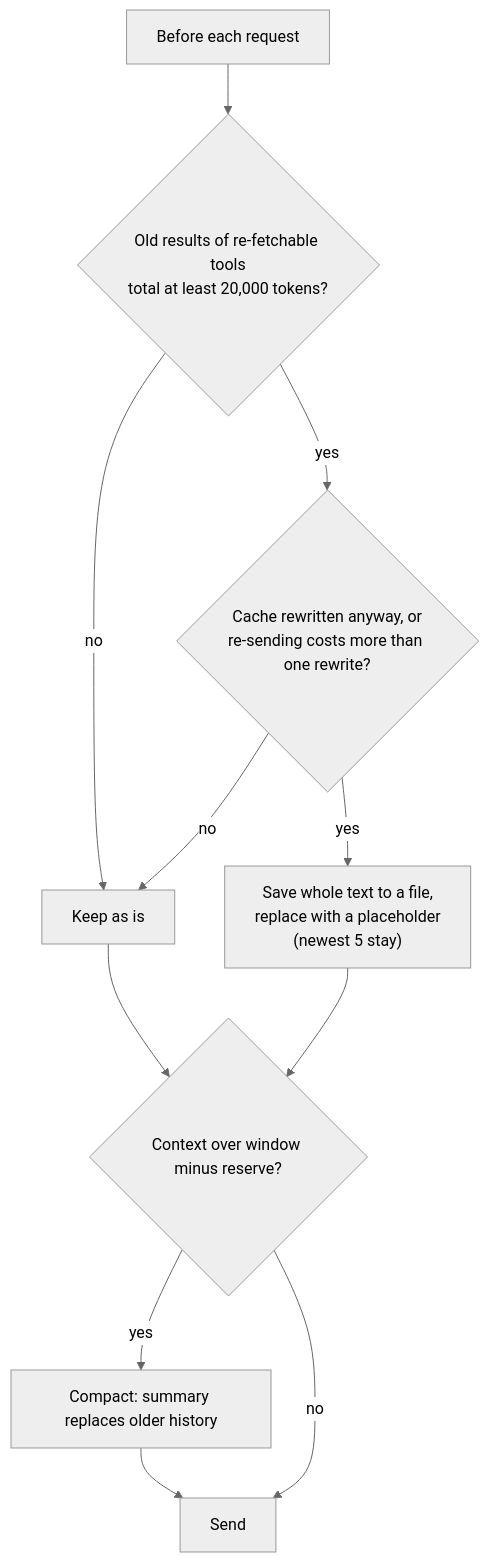
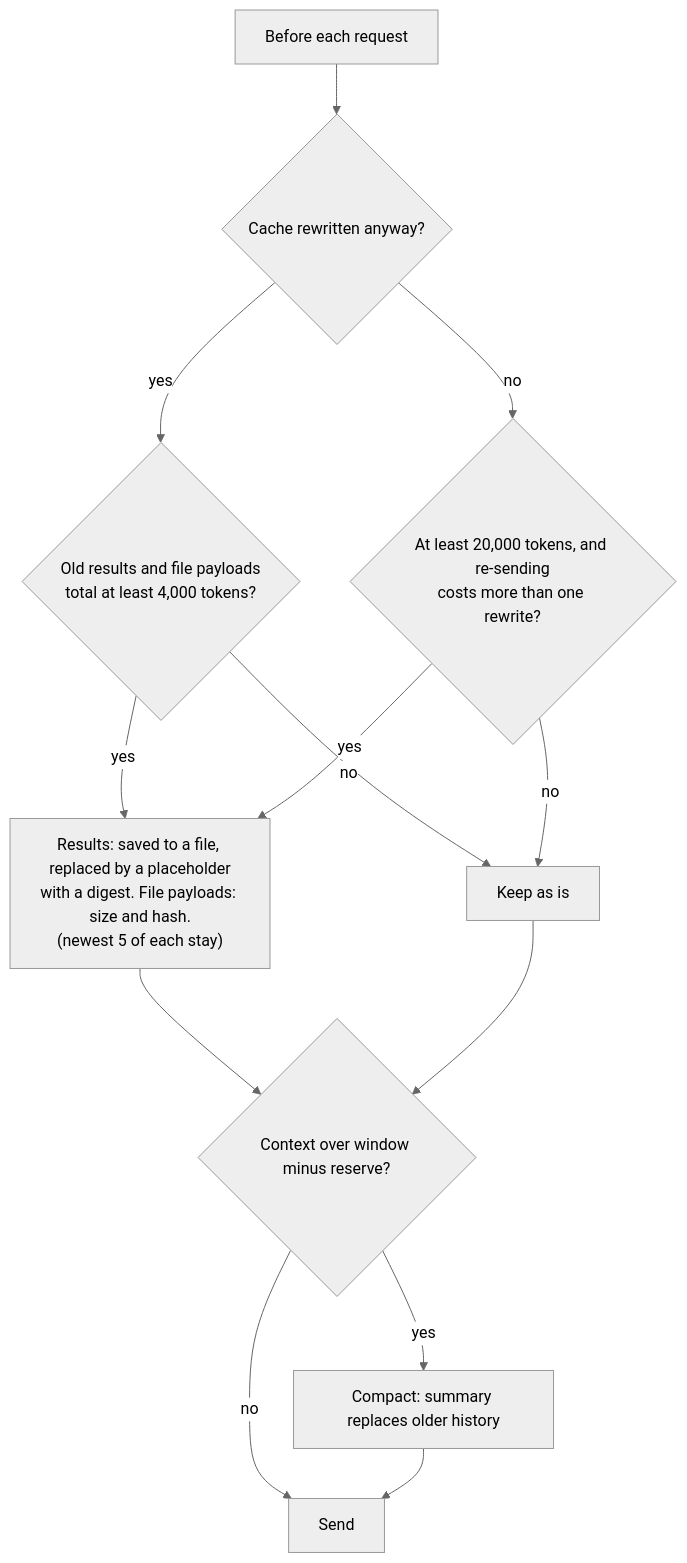
One commit to bgauryy/octocode-coding-agent changed the sixth of 8 diagrams in packages/coding-agent/docs/harness-flows.md. Above: the diagram before and after it, drawn with Mermaid (neutral theme). The commit also changed other lines of this file and 781 other files, not shown here.

````diff
--- a/packages/coding-agent/docs/harness-flows.md
+++ b/packages/coding-agent/docs/harness-flows.md
@@ -173,13 +187,15 @@
 ```mermaid
 flowchart TD
-    R["Before each request"] --> O{"Old results of re-fetchable tools<br/>total at least 20,000 tokens?"}
-    O -- no --> K["Keep as is"]
-    O -- yes --> W{"Cache rewritten anyway, or<br/>re-sending costs more than one rewrite?"}
-    W -- no --> K
-    W -- yes --> S["Save whole text to a file,<br/>replace with a placeholder<br/>(newest 5 stay)"]
+    R["Before each request"] --> W{"Cache rewritten anyway?"}
+    W -- yes --> F{"Old results and file payloads<br/>total at least 4,000 tokens?"}
+    W -- no --> O{"At least 20,000 tokens, and re-sending<br/>costs more than one rewrite?"}
+    F -- no --> K["Keep as is"]
+    O -- no --> K
+    F -- yes --> S["Results: saved to a file, replaced by a placeholder<br/>with a digest. File payloads: size and hash.<br/>(newest 5 of each stay)"]
+    O -- yes --> S
     S --> X{"Context over window minus reserve?"}
     K --> X
     X -- yes --> C["Compact: summary replaces older history"]
     X -- no --> Z["Send"]
     C --> Z
 ```
````
